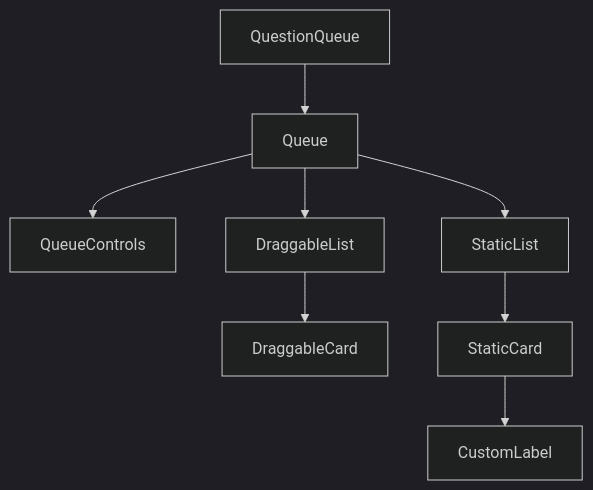
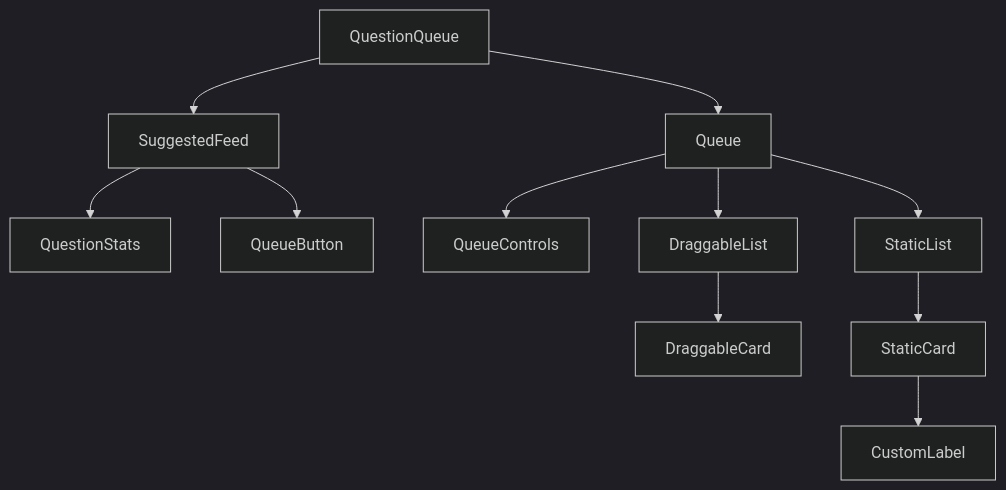
The diagram in src/domains/Questions/QuestionQueue/docs.md (c2c-project/prytaneum), drawn with Mermaid (dark theme) before and after one commit. The commit also changed 16 other files, not shown here.

````diff
--- a/src/domains/Questions/QuestionQueue/docs.md
+++ b/src/domains/Questions/QuestionQueue/docs.md
@@ -5,10 +5,13 @@
 ```mermaid
 graph TD
 QuestionQueue-->Queue
+QuestionQueue-->SuggestedFeed
+SuggestedFeed-->QuestionStats
+SuggestedFeed-->QueueButton
 Queue-->QueueControls
 Queue-->DraggableList
 Queue-->StaticList
 DraggableList-->DraggableCard
 StaticList-->StaticCard
 StaticCard-->CustomLabel
 ```
````
